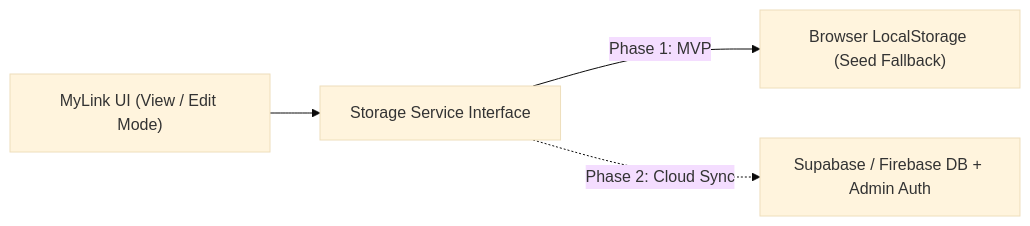
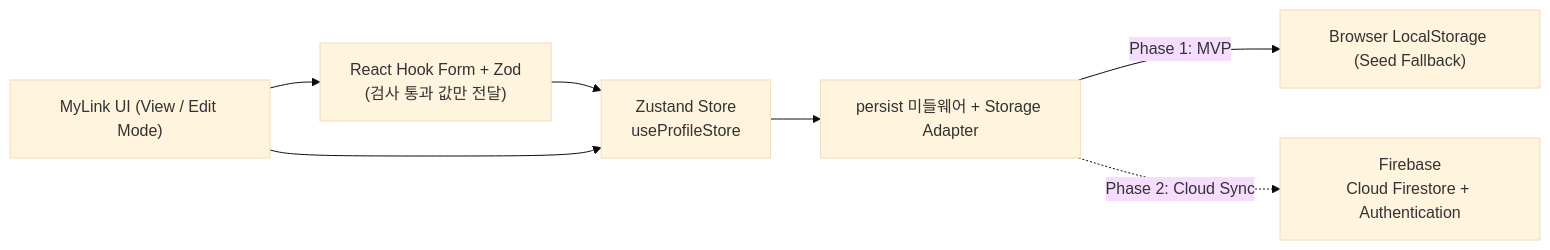
One commit to SuperSlowStarter/my-link changed the first of 2 diagrams in PRD.md. Above: the diagram before and after it, drawn with Mermaid (base theme). The commit also changed other lines of this file and 33 other files, not shown here.

First line of the commit message:
feat: 7주차 /mypage 링크 추가, Zustand·Zod·RHF 도입, Firebase 설정, 디자인 시스템 정비

````diff
--- a/PRD.md
+++ b/PRD.md
@@ -25,6 +53,9 @@
 ```mermaid
 flowchart LR
-  UI["MyLink UI (View / Edit Mode)"] --> Adapter["Storage Service Interface"]
+  UI["MyLink UI (View / Edit Mode)"] --> Form["React Hook Form + Zod<br/>(검사 통과 값만 전달)"]
+  Form --> Store["Zustand Store<br/>useProfileStore"]
+  UI --> Store
+  Store --> Adapter["persist 미들웨어 + Storage Adapter"]
   Adapter -->|Phase 1: MVP| Local["Browser LocalStorage (Seed Fallback)"]
-  Adapter -.->|Phase 2: Cloud Sync| Cloud["Supabase / Firebase DB + Admin Auth"]
+  Adapter -.->|Phase 2: Cloud Sync| Cloud["Firebase<br/>Cloud Firestore + Authentication"]
 ```
````
